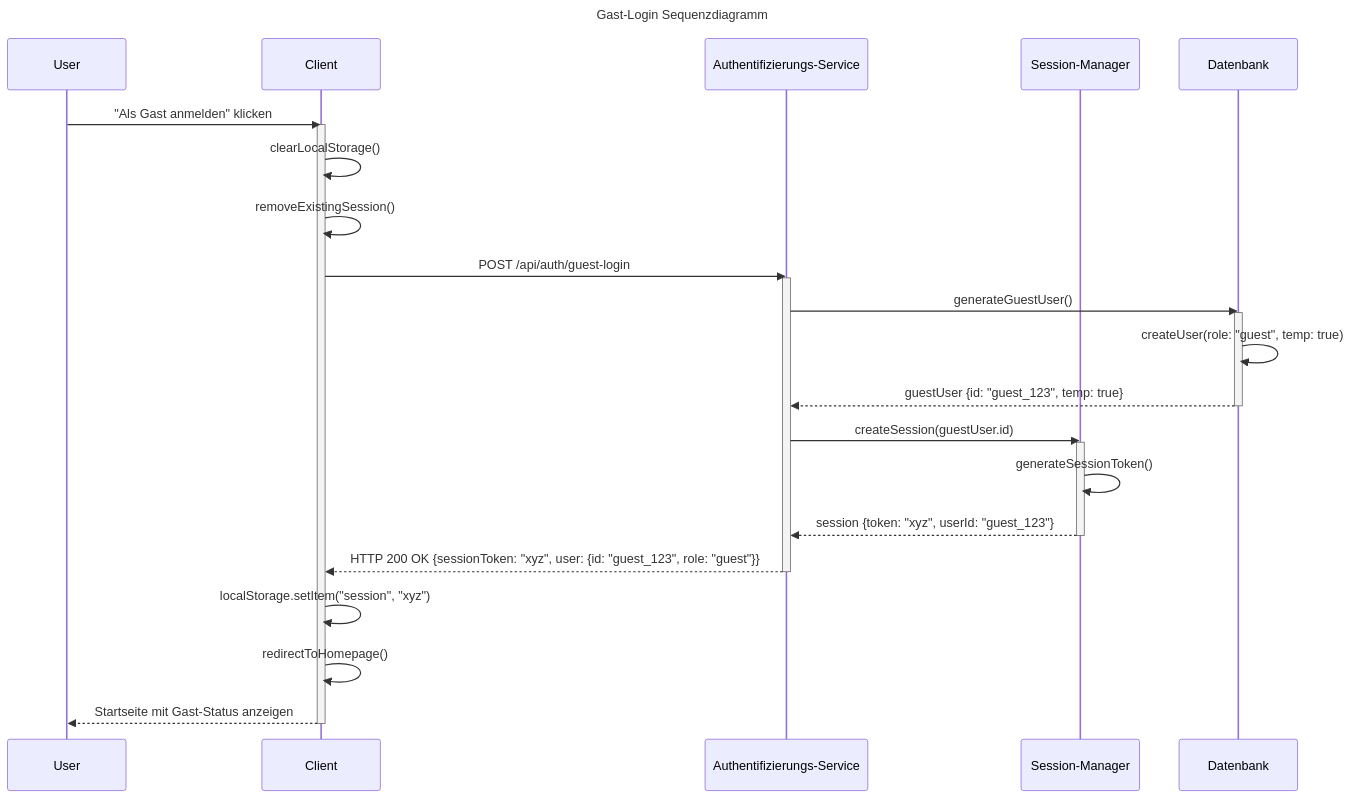
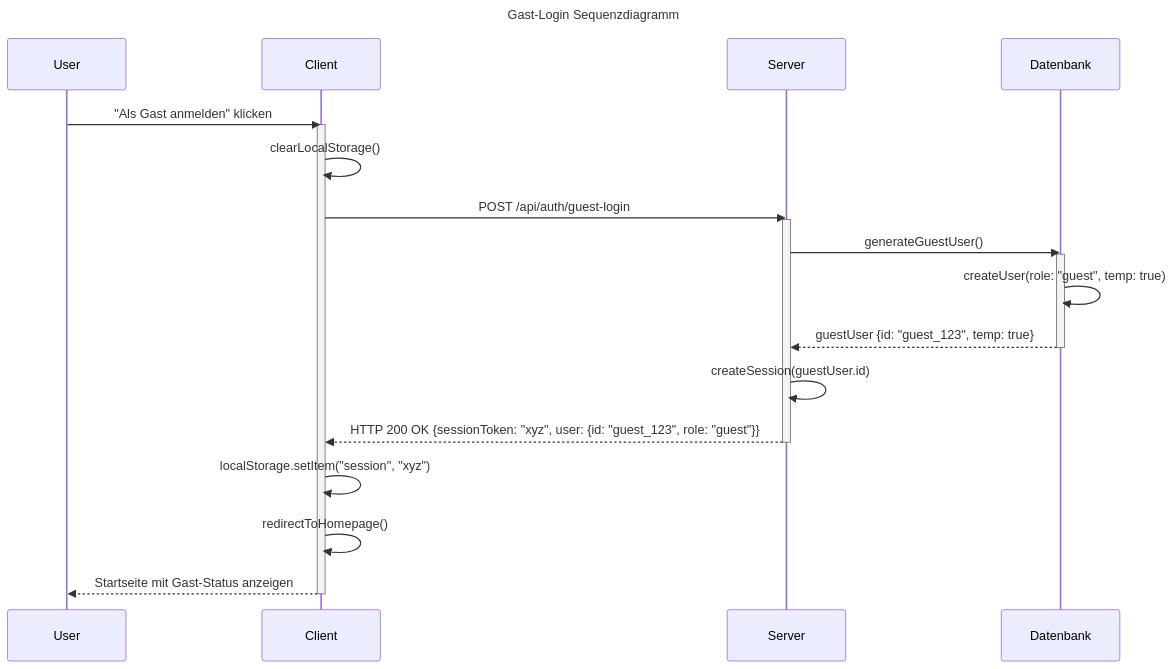
Before and after one commit to Hexfields-Studio/HexfieldsDominion-Artefacts: the diagram in srs/account_management/gast_login/gast_login.md, drawn with Mermaid. The commit also changed 7 other files, not shown here.

Commit message:
Changed Sequence Diagrams, added logo to stand-in GitHub-Pages HTML

````diff
--- a/srs/account_management/gast_login/gast_login.md
+++ b/srs/account_management/gast_login/gast_login.md
@@ -28,38 +28,31 @@
 ```mermaid
 sequenceDiagram
     title Gast-Login Sequenzdiagramm
 
     participant User
     participant Client
-    participant Auth as Authentifizierungs-Service
-    participant Sesh as Session-Manager
-    participant DB as Datenbank
+    participant Server
+    participant Datenbank
 
     User->>Client: "Als Gast anmelden" klicken
     activate Client
     Client->>Client: clearLocalStorage()
-    Client->>Client: removeExistingSession()
     
-    Client->>Auth: POST /api/auth/guest-login
-    activate Auth
+    Client->>Server: POST /api/auth/guest-login
+    activate Server
     
-    Auth->>DB: generateGuestUser()
-    activate DB
-    DB->>DB: createUser(role: "guest", temp: true)
-    DB-->>Auth: guestUser {id: "guest_123", temp: true}
-    deactivate DB
+    Server->>Datenbank: generateGuestUser()
+    activate Datenbank
+    Datenbank->>Datenbank: createUser(role: "guest", temp: true)
+    Datenbank-->>Server: guestUser {id: "guest_123", temp: true}
+    deactivate Datenbank
     
-    Auth->>Sesh: createSession(guestUser.id)
-    activate Sesh
-    Sesh->>Sesh: generateSessionToken()
-    Sesh-->>Auth: session {token: "xyz", userId: "guest_123"}
-    deactivate Sesh
-    
-    Auth-->>Client: HTTP 200 OK {sessionToken: "xyz", user: {id: "guest_123", role: "guest"}}
-    deactivate Auth
+    Server->>Server: createSession(guestUser.id)
+    Server-->>Client: HTTP 200 OK {sessionToken: "xyz", user: {id: "guest_123", role: "guest"}}
+    deactivate Server
     
     Client->>Client: localStorage.setItem("session", "xyz")
     Client->>Client: redirectToHomepage()
     Client-->>User: Startseite mit Gast-Status anzeigen
     deactivate Client
 ```
````
